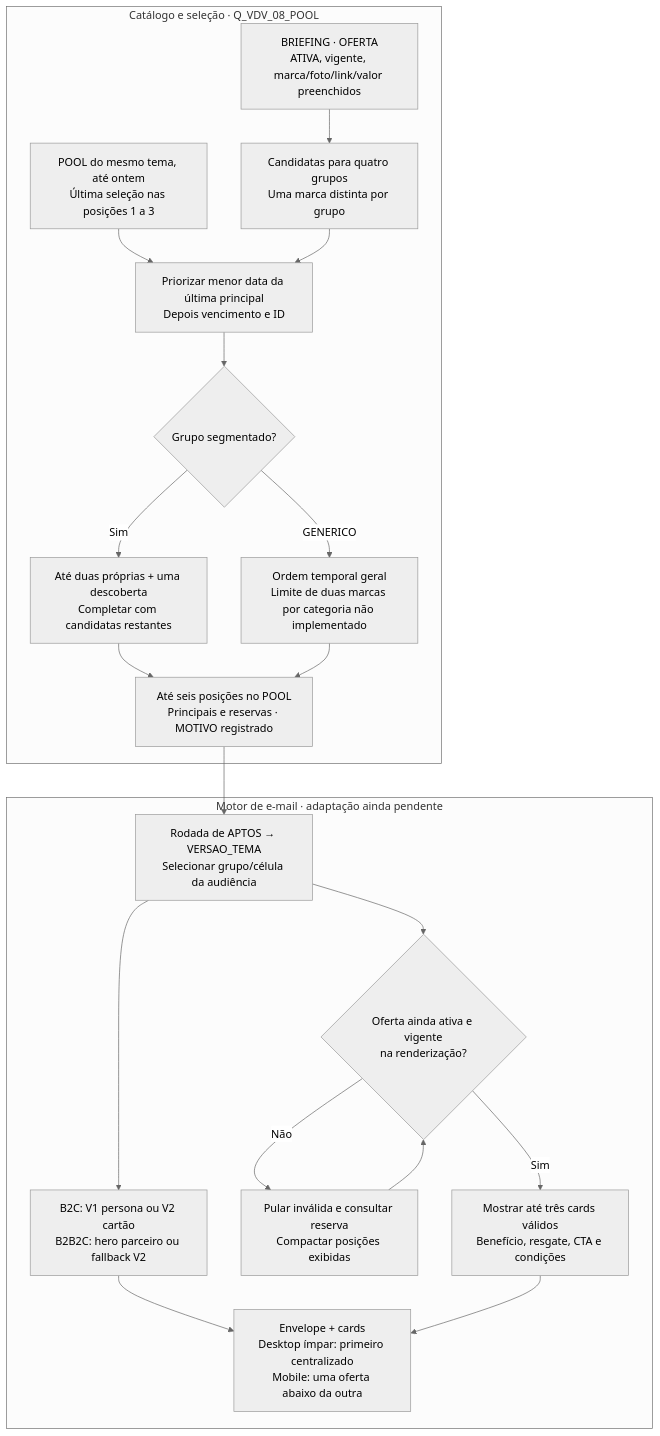
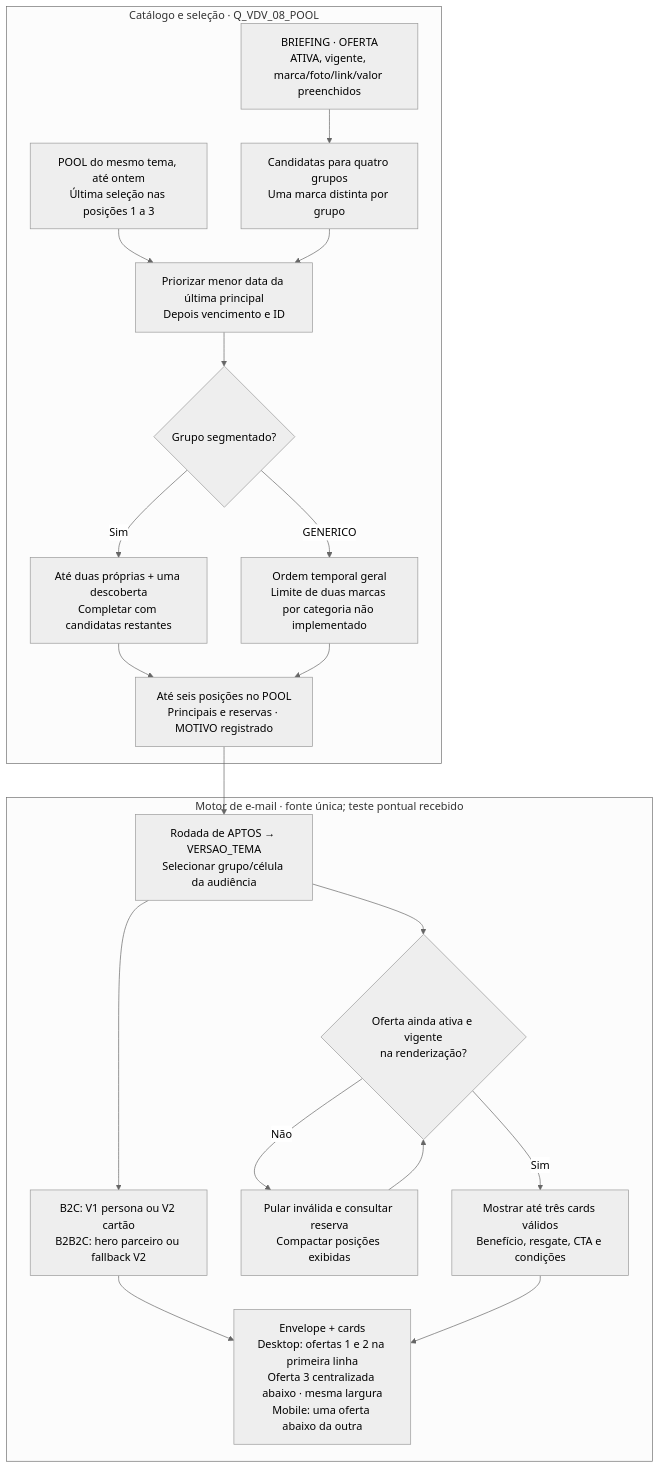
The diagram in docs/wiki-vault/04-Operacao/Emails-Dinamicos-Vai-de-Visa.md (GrowthAfinz/GaaS-Framework-Afinz), drawn with Mermaid (neutral theme) before and after one commit. The commit also changed other lines of this file and 9 other files, not shown here.

Commit message:
Pool Visa: fonte única 2+1 e Test Send pontual documentado (#100)

````diff
--- a/docs/wiki-vault/04-Operacao/Emails-Dinamicos-Vai-de-Visa.md
+++ b/docs/wiki-vault/04-Operacao/Emails-Dinamicos-Vai-de-Visa.md
@@ -19,22 +25,22 @@
 ```mermaid
 flowchart TD
  subgraph CAT["Catálogo e seleção · Q_VDV_08_POOL"]
   B["BRIEFING · OFERTA<br/>ATIVA, vigente, marca/foto/link/valor preenchidos"] --> G["Candidatas para quatro grupos<br/>Uma marca distinta por grupo"]
   H["POOL do mesmo tema, até ontem<br/>Última seleção nas posições 1 a 3"] --> R["Priorizar menor data da última principal<br/>Depois vencimento e ID"]
   G --> R
   R --> FA{"Grupo segmentado?"}
   FA -->|Sim| MIX["Até duas próprias + uma descoberta<br/>Completar com candidatas restantes"]
   FA -->|GENERICO| GE["Ordem temporal geral<br/>Limite de duas marcas por categoria não implementado"]
   MIX & GE --> V["Até seis posições no POOL<br/>Principais e reservas · MOTIVO registrado"]
  end
- subgraph MOTOR["Motor de e-mail · adaptação ainda pendente"]
+ subgraph MOTOR["Motor de e-mail · fonte única; teste pontual recebido"]
   V --> VER["Rodada de APTOS → VERSAO_TEMA<br/>Selecionar grupo/célula da audiência"]
   VER --> HERO["B2C: V1 persona ou V2 cartão<br/>B2B2C: hero parceiro ou fallback V2"]
   VER --> VAL{"Oferta ainda ativa e vigente<br/>na renderização?"}
   VAL -->|Não| SKIP["Pular inválida e consultar reserva<br/>Compactar posições exibidas"]
   SKIP --> VAL
   VAL -->|Sim| CARD["Mostrar até três cards válidos<br/>Benefício, resgate, CTA e condições"]
-  HERO --> MAIL["Envelope + cards<br/>Desktop ímpar: primeiro centralizado<br/>Mobile: uma oferta abaixo da outra"]
+  HERO --> MAIL["Envelope + cards<br/>Desktop: ofertas 1 e 2 na primeira linha<br/>Oferta 3 centralizada abaixo · mesma largura<br/>Mobile: uma oferta abaixo da outra"]
   CARD --> MAIL
  end
 ```
````
